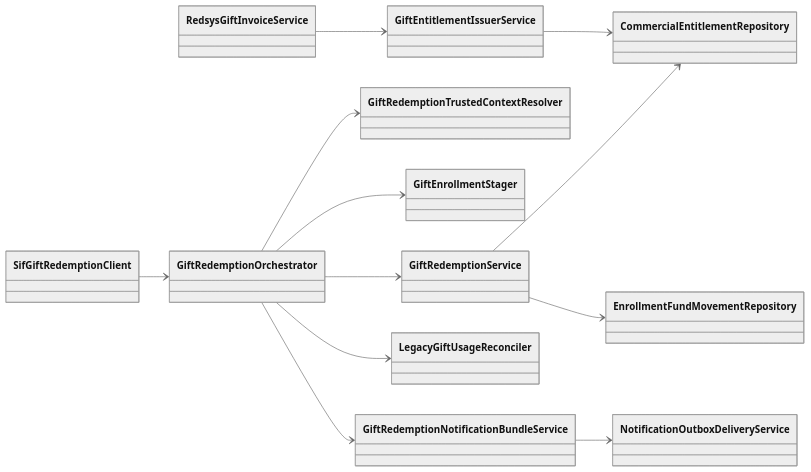
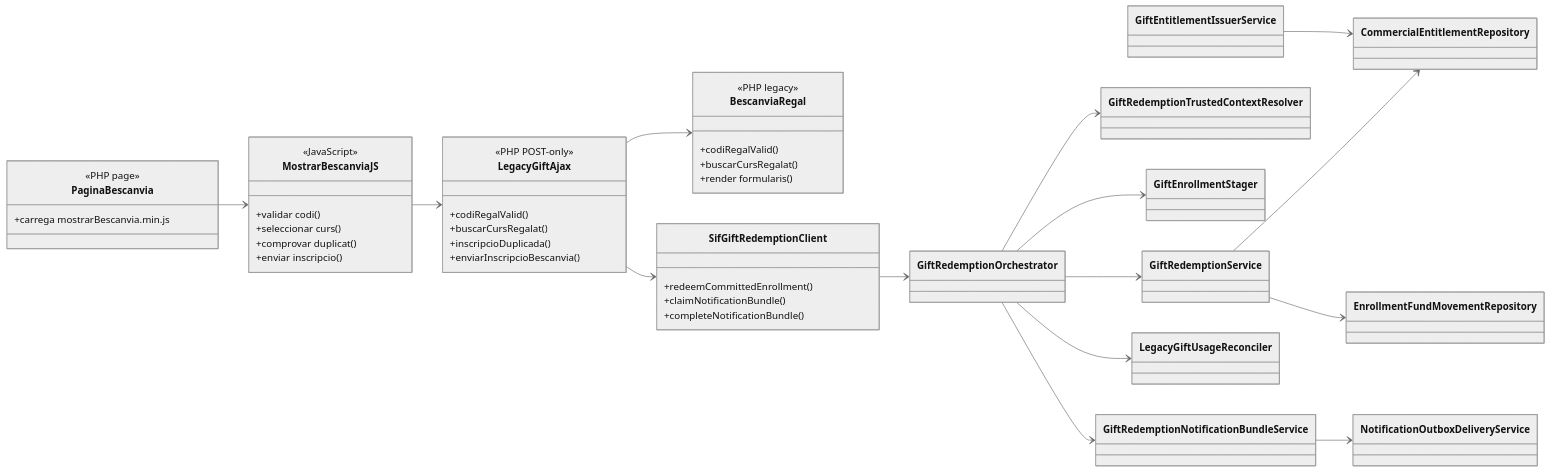
One commit to orgmeriemprismacat-del/verifactu changed the diagram in documentacio/07-uml-integrat/uc-018-classes-actual-final.md. Above: the diagram before and after it, drawn with Mermaid (neutral theme). The commit also changed other lines of this file, not shown here.

Commit message:
docs(UC-018): reconciliar UML ACTUAL FINAL amb revalidacio 03-10

````diff
--- a/documentacio/07-uml-integrat/uc-018-classes-actual-final.md
+++ b/documentacio/07-uml-integrat/uc-018-classes-actual-final.md
@@ -9,27 +9,59 @@
 ```mermaid
 classDiagram
 direction LR
-class RedsysGiftInvoiceService
+
+class PaginaBescanvia {
+  <<PHP page>>
+  +carrega mostrarBescanvia.min.js
+}
+class MostrarBescanviaJS {
+  <<JavaScript>>
+  +validar codi()
+  +seleccionar curs()
+  +comprovar duplicat()
+  +enviar inscripcio()
+}
+class LegacyGiftAjax {
+  <<PHP POST-only>>
+  +codiRegalValid()
+  +buscarCursRegalat()
+  +inscripcioDuplicada()
+  +enviarInscripcioBescanvia()
+}
+class BescanviaRegal {
+  <<PHP legacy>>
+  +codiRegalValid()
+  +buscarCursRegalat()
+  +render formularis()
+}
+class SifGiftRedemptionClient {
+  +redeemCommittedEnrollment()
+  +claimNotificationBundle()
+  +completeNotificationBundle()
+}
 class GiftEntitlementIssuerService
 class CommercialEntitlementRepository
 class GiftRedemptionTrustedContextResolver
 class GiftEnrollmentStager
 class GiftRedemptionService
 class EnrollmentFundMovementRepository
 class LegacyGiftUsageReconciler
 class GiftRedemptionOrchestrator
 class GiftRedemptionNotificationBundleService
 class NotificationOutboxDeliveryService
-class SifGiftRedemptionClient
-RedsysGiftInvoiceService --> GiftEntitlementIssuerService
+
+PaginaBescanvia --> MostrarBescanviaJS
+MostrarBescanviaJS --> LegacyGiftAjax
+LegacyGiftAjax --> BescanviaRegal
+LegacyGiftAjax --> SifGiftRedemptionClient
+SifGiftRedemptionClient --> GiftRedemptionOrchestrator
 GiftEntitlementIssuerService --> CommercialEntitlementRepository
 GiftRedemptionOrchestrator --> GiftRedemptionTrustedContextResolver
 GiftRedemptionOrchestrator --> GiftEnrollmentStager
 GiftRedemptionOrchestrator --> GiftRedemptionService
 GiftRedemptionService --> CommercialEntitlementRepository
 GiftRedemptionService --> EnrollmentFundMovementRepository
 GiftRedemptionOrchestrator --> LegacyGiftUsageReconciler
 GiftRedemptionOrchestrator --> GiftRedemptionNotificationBundleService
 GiftRedemptionNotificationBundleService --> NotificationOutboxDeliveryService
-SifGiftRedemptionClient --> GiftRedemptionOrchestrator
 ```
````
